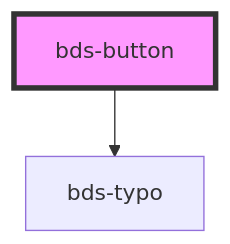
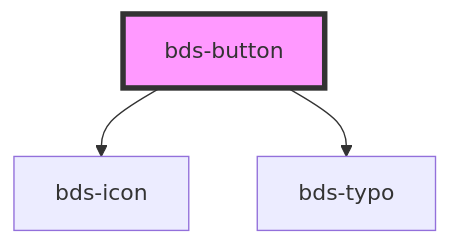
One commit to takenet/blip-ds changed the diagram in src/components/button/readme.md. Above: the diagram before and after it, drawn with Mermaid. The commit also changed other lines of this file and 6 other files, not shown here.

````diff
--- a/src/components/button/readme.md
+++ b/src/components/button/readme.md
@@ -24,5 +27,6 @@
 ```mermaid
 graph TD;
+  bds-button --> bds-icon
   bds-button --> bds-typo
   style bds-button fill:#f9f,stroke:#333,stroke-width:4px
 ```
````
